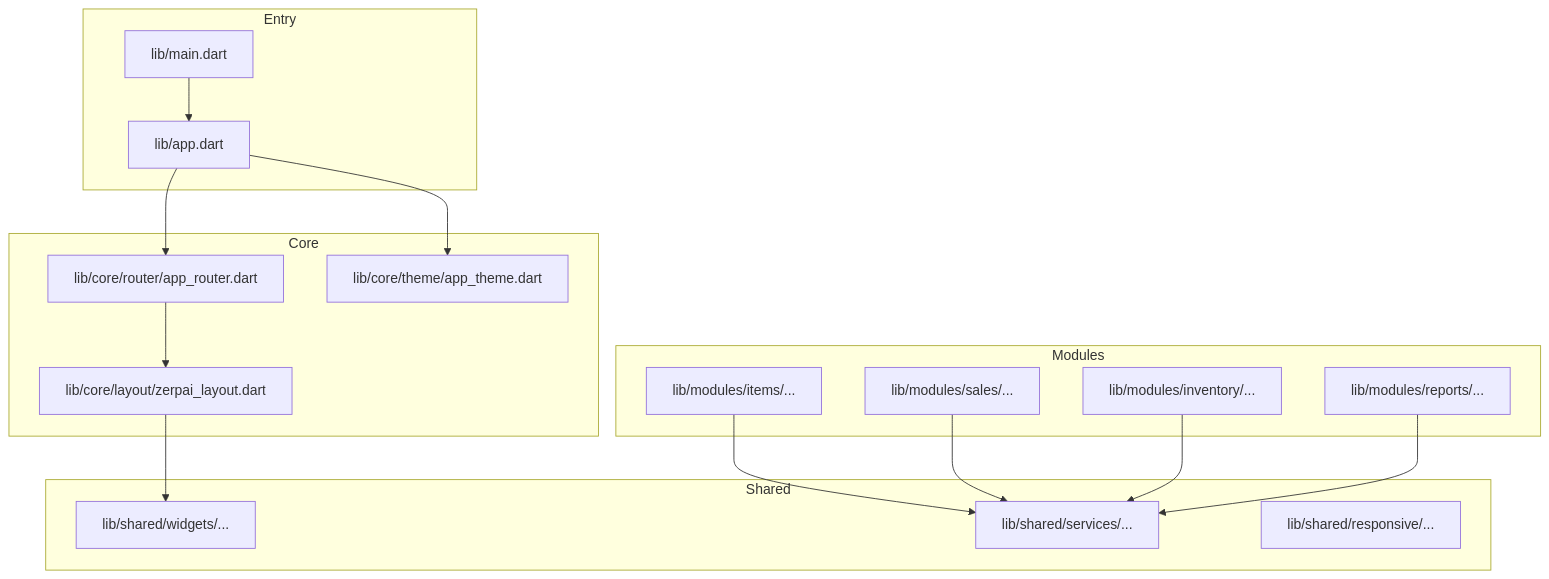
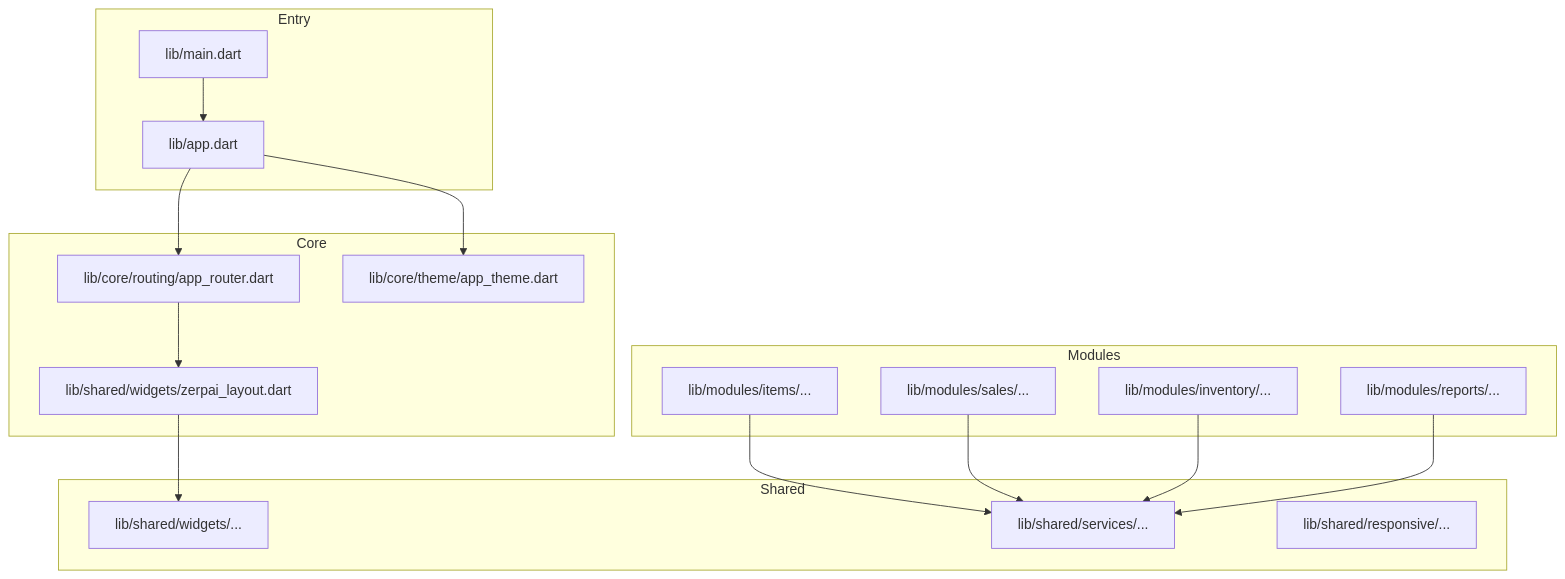
One commit to ARUNTHOMAS3/trans changed the first of 10 diagrams in repowiki/en/content/Frontend Development/Frontend Development.md. Above: the diagram before and after it, drawn with Mermaid. The commit also changed other lines of this file and 112 other files, not shown here.

````diff
--- a/repowiki/en/content/Frontend Development/Frontend Development.md
+++ b/repowiki/en/content/Frontend Development/Frontend Development.md
@@ -45,32 +51,32 @@
 ```mermaid
 graph TB
 subgraph "Entry"
 MAIN["lib/main.dart"]
 APP["lib/app.dart"]
 end
 subgraph "Core"
-ROUTER["lib/core/router/app_router.dart"]
+ROUTER["lib/core/routing/app_router.dart"]
 THEME["lib/core/theme/app_theme.dart"]
-LAYOUT["lib/core/layout/zerpai_layout.dart"]
+LAYOUT["lib/shared/widgets/zerpai_layout.dart"]
 end
 subgraph "Modules"
 ITEMS["lib/modules/items/..."]
 SALES["lib/modules/sales/..."]
 INVENTORY["lib/modules/inventory/..."]
 REPORTS["lib/modules/reports/..."]
 end
 subgraph "Shared"
 WIDGETS["lib/shared/widgets/..."]
 SERVICES["lib/shared/services/..."]
 RESPONSIVE["lib/shared/responsive/..."]
 end
 MAIN --> APP
 APP --> ROUTER
 APP --> THEME
 ROUTER --> LAYOUT
 LAYOUT --> WIDGETS
 ITEMS --> SERVICES
 SALES --> SERVICES
 INVENTORY --> SERVICES
 REPORTS --> SERVICES
 ```
````
